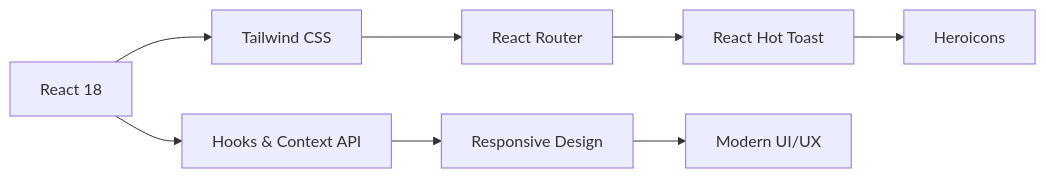
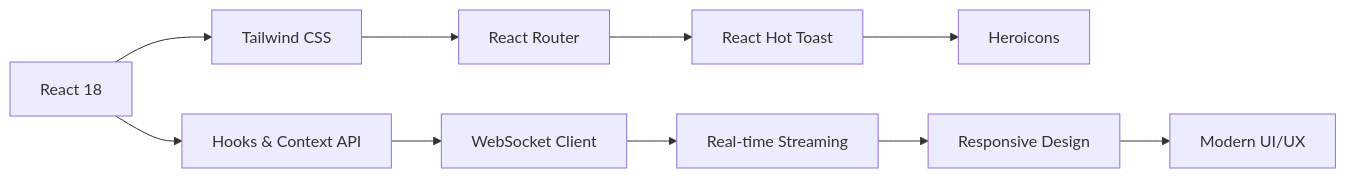
Before and after one commit to sedaily/sedaily-ainexus-title-ver1: the fifth of 9 diagrams in README.md, drawn with Mermaid. The commit also changed other lines of this file and 1 other file, not shown here.

````diff
--- a/README.md
+++ b/README.md
@@ -261,11 +261,13 @@
 ```mermaid
 graph LR
     A[React 18] --> B[Tailwind CSS]
     B --> C[React Router]
     C --> D[React Hot Toast]
     D --> E[Heroicons]
 
     A --> F[Hooks & Context API]
-    F --> G[Responsive Design]
-    G --> H[Modern UI/UX]
+    F --> G[WebSocket Client]
+    G --> H[Real-time Streaming]
+    H --> I[Responsive Design]
+    I --> J[Modern UI/UX]
 ```
````
